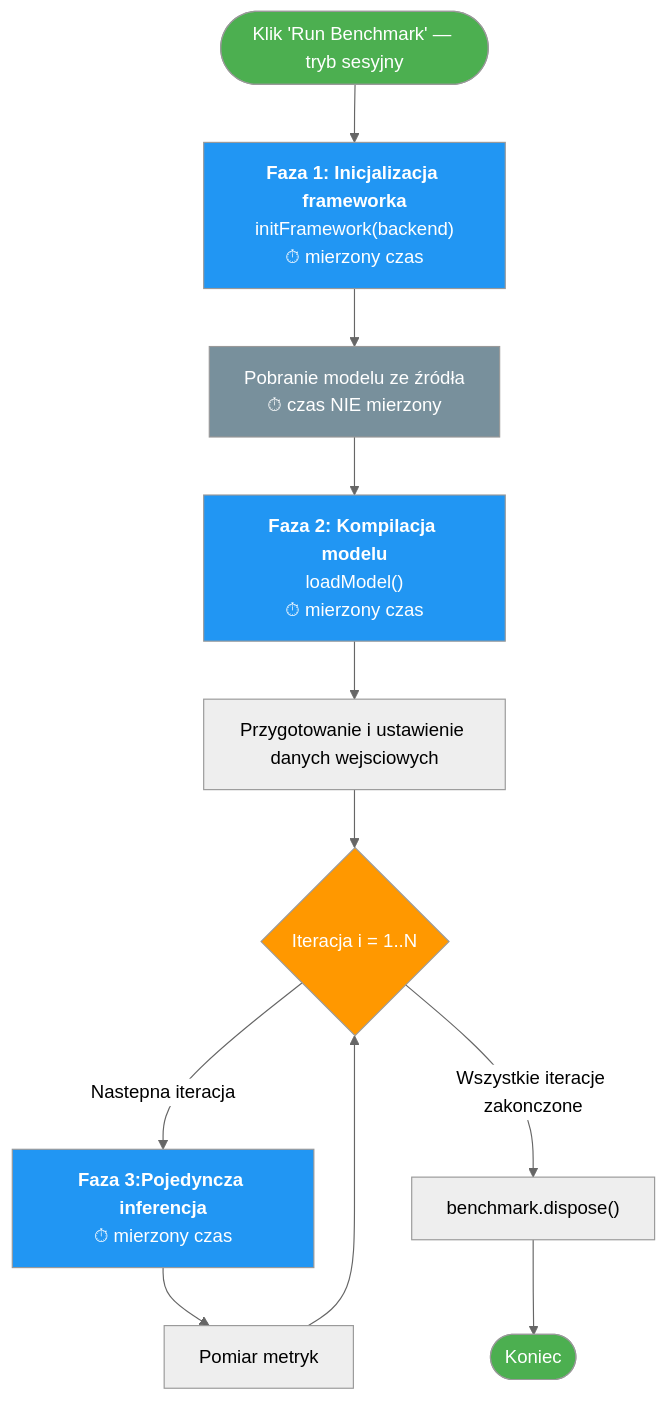
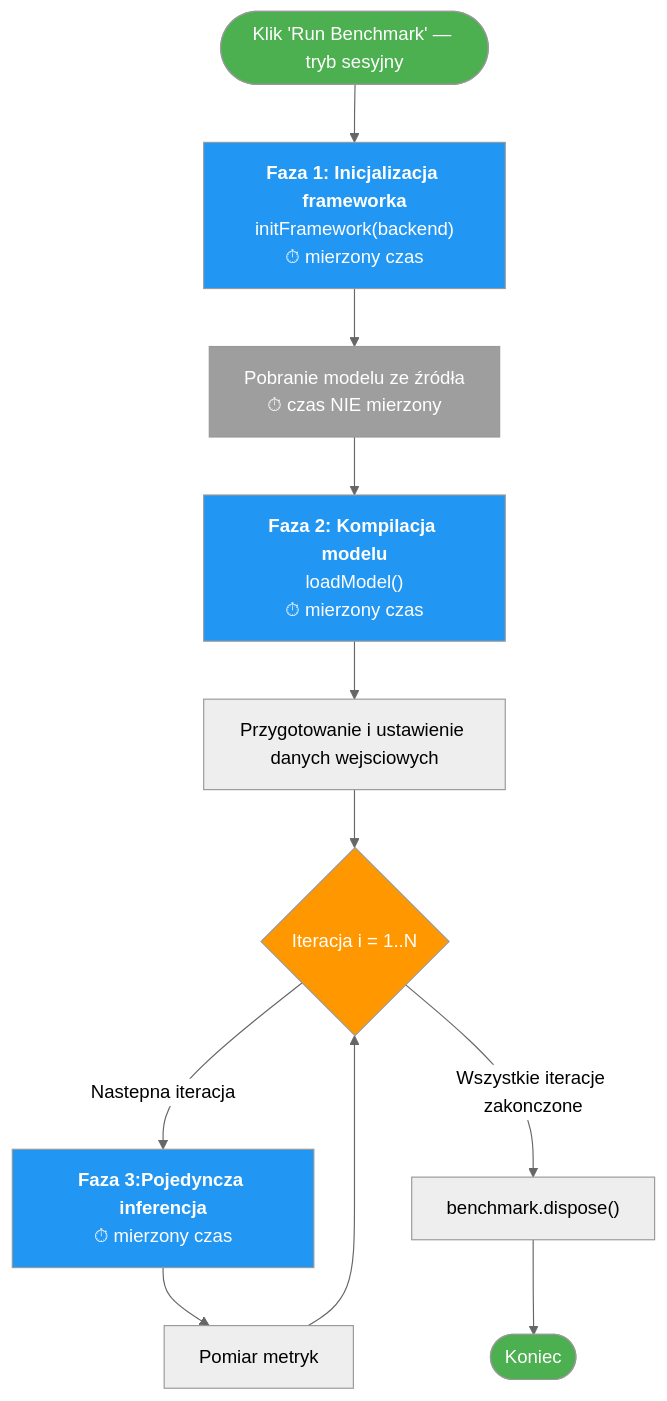
Before and after one commit to amalolepszy/local-models-benchmark: the third of 4 diagrams in docs/benchmark-flow.md, drawn with Mermaid (neutral theme). The commit also changed other lines of this file, not shown here.

Commit message:
fix diagram colors

````diff
--- a/docs/benchmark-flow.md
+++ b/docs/benchmark-flow.md
@@ -113,24 +113,24 @@
 ```mermaid
 flowchart TD
     Start([Klik 'Run Benchmark' — tryb sesyjny]) --> A_Init["<b>Faza 1: Inicjalizacja frameworka</b><br/>initFramework(backend)<br/>⏱ mierzony czas"]
     A_Init --> A_Prefetch["Pobranie modelu ze źródła<br/>⏱ czas NIE mierzony"]
     A_Prefetch --> A_Load["<b>Faza 2: Kompilacja modelu</b><br/>loadModel()<br/>⏱ mierzony czas"]
     A_Load --> A_Input["Przygotowanie i ustawienie danych wejsciowych"]
     A_Input --> S_Loop{"Iteracja i = 1..N"}
 
     S_Loop -->|Nastepna iteracja| S_Infer["<b>Faza 3:Pojedyncza inferencja</b><br/>⏱ mierzony czas"]
     S_Infer --> S_Mem["Pomiar metryk"]
     S_Mem --> S_Loop
 
     S_Loop -->|Wszystkie iteracje zakonczone| S_Dispose["benchmark.dispose()"]
     S_Dispose --> S_End([Koniec])
 
     style Start fill:#4CAF50,color:#fff
     style S_End fill:#4CAF50,color:#fff
     style S_Loop fill:#FF9800,color:#fff
     style S_Infer fill:#2196F3,color:#fff
     style Start fill:#4CAF50,color:#fff
     style A_Init fill:#2196F3,color:#fff
     style A_Load fill:#2196F3,color:#fff
-    style A_Prefetch fill:#78909C,color:#fff
+    style A_Prefetch fill:#9E9E9E,color:#fff
 ```
````
